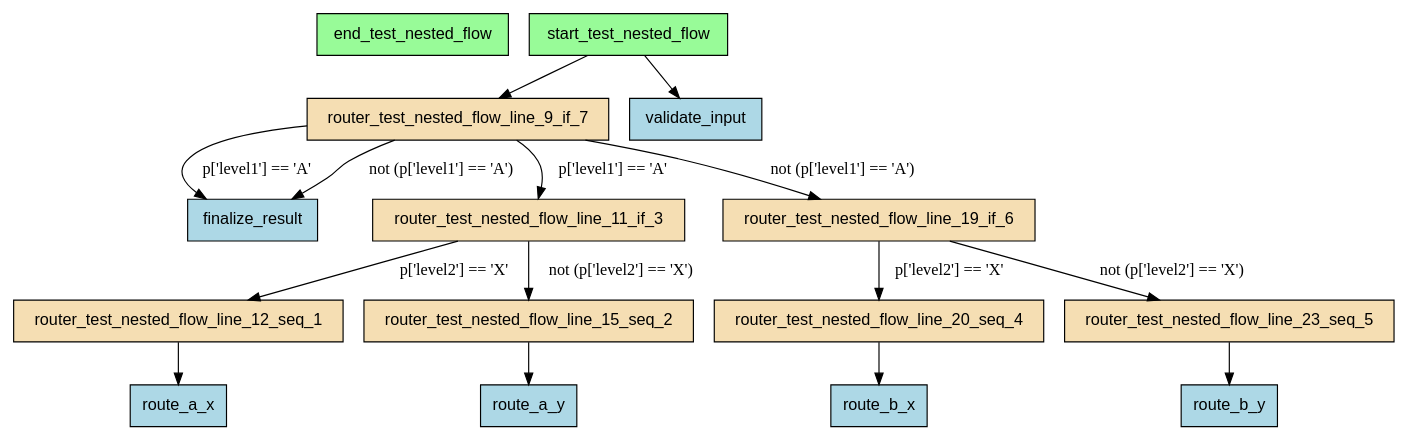
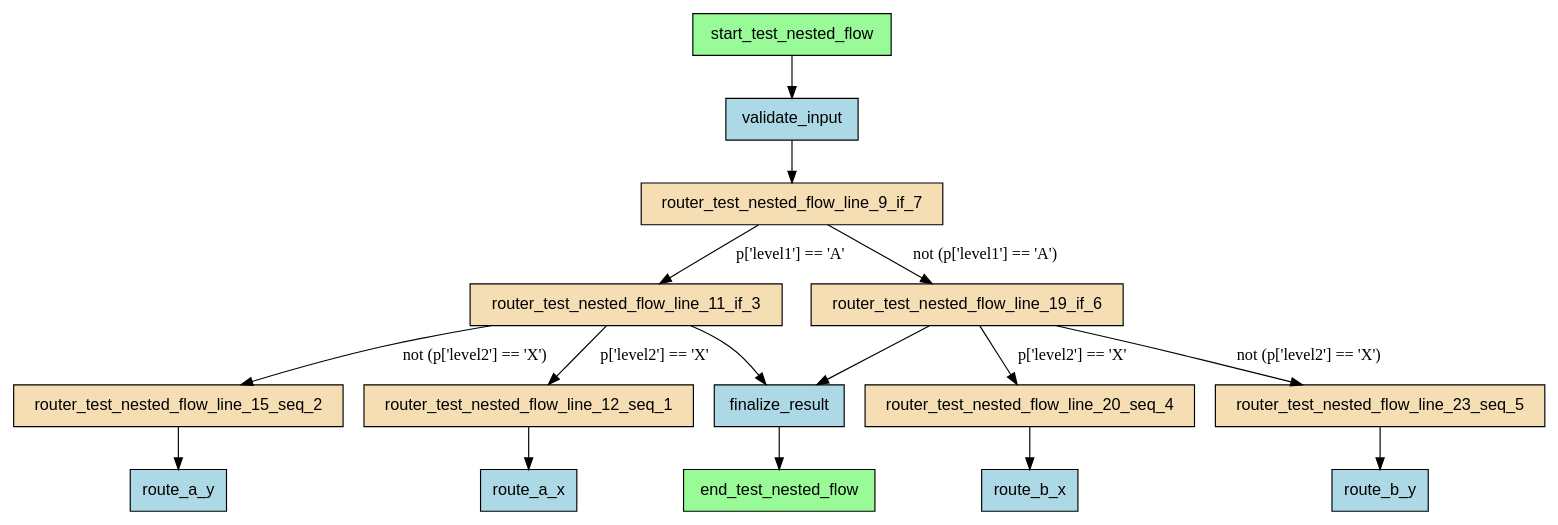
Before and after one commit to deliveryhero/asya: the diagram in src/asya-testing/asya_testing/flows/nested_if/compiled/flow.dot, drawn with Graphviz. The commit also changed 224 other files, not shown here.

```diff
--- a/src/asya-testing/asya_testing/flows/nested_if/compiled/flow.dot
+++ b/src/asya-testing/asya_testing/flows/nested_if/compiled/flow.dot
@@ -1,35 +1,36 @@
 digraph "test_nested_flow" {
     rankdir=TB;
     node [shape=box, style=filled, fontname="Helvetica"];
 
     end_test_nested_flow [label="end_test_nested_flow", fillcolor=palegreen];
     finalize_result [label="finalize_result", fillcolor=lightblue];
     route_a_x [label="route_a_x", fillcolor=lightblue];
     route_a_y [label="route_a_y", fillcolor=lightblue];
     route_b_x [label="route_b_x", fillcolor=lightblue];
     route_b_y [label="route_b_y", fillcolor=lightblue];
     router_test_nested_flow_line_11_if_3 [label="router_test_nested_flow_line_11_if_3", fillcolor=wheat];
     router_test_nested_flow_line_12_seq_1 [label="router_test_nested_flow_line_12_seq_1", fillcolor=wheat];
     router_test_nested_flow_line_15_seq_2 [label="router_test_nested_flow_line_15_seq_2", fillcolor=wheat];
     router_test_nested_flow_line_19_if_6 [label="router_test_nested_flow_line_19_if_6", fillcolor=wheat];
     router_test_nested_flow_line_20_seq_4 [label="router_test_nested_flow_line_20_seq_4", fillcolor=wheat];
     router_test_nested_flow_line_23_seq_5 [label="router_test_nested_flow_line_23_seq_5", fillcolor=wheat];
     router_test_nested_flow_line_9_if_7 [label="router_test_nested_flow_line_9_if_7", fillcolor=wheat];
     start_test_nested_flow [label="start_test_nested_flow", fillcolor=palegreen];
     validate_input [label="validate_input", fillcolor=lightblue];
 
     start_test_nested_flow -> validate_input;
-    start_test_nested_flow -> router_test_nested_flow_line_9_if_7;
+    validate_input -> router_test_nested_flow_line_9_if_7;
     router_test_nested_flow_line_12_seq_1 -> route_a_x;
     router_test_nested_flow_line_15_seq_2 -> route_a_y;
     router_test_nested_flow_line_11_if_3 -> router_test_nested_flow_line_12_seq_1 [label="p['level2'] == 'X'"];
     router_test_nested_flow_line_11_if_3 -> router_test_nested_flow_line_15_seq_2 [label="not (p['level2'] == 'X')"];
     router_test_nested_flow_line_20_seq_4 -> route_b_x;
     router_test_nested_flow_line_23_seq_5 -> route_b_y;
     router_test_nested_flow_line_19_if_6 -> router_test_nested_flow_line_20_seq_4 [label="p['level2'] == 'X'"];
     router_test_nested_flow_line_19_if_6 -> router_test_nested_flow_line_23_seq_5 [label="not (p['level2'] == 'X')"];
     router_test_nested_flow_line_9_if_7 -> router_test_nested_flow_line_11_if_3 [label="p['level1'] == 'A'"];
-    router_test_nested_flow_line_9_if_7 -> finalize_result [label="p['level1'] == 'A'"];
+    router_test_nested_flow_line_11_if_3 -> finalize_result;
     router_test_nested_flow_line_9_if_7 -> router_test_nested_flow_line_19_if_6 [label="not (p['level1'] == 'A')"];
-    router_test_nested_flow_line_9_if_7 -> finalize_result [label="not (p['level1'] == 'A')"];
+    router_test_nested_flow_line_19_if_6 -> finalize_result;
+    finalize_result -> end_test_nested_flow;
 }
```
